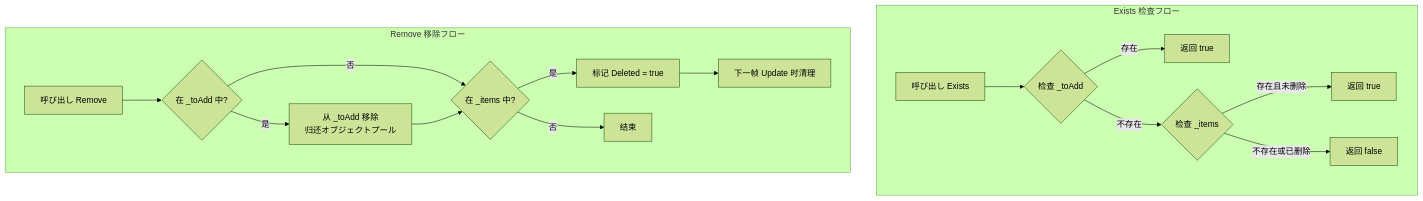
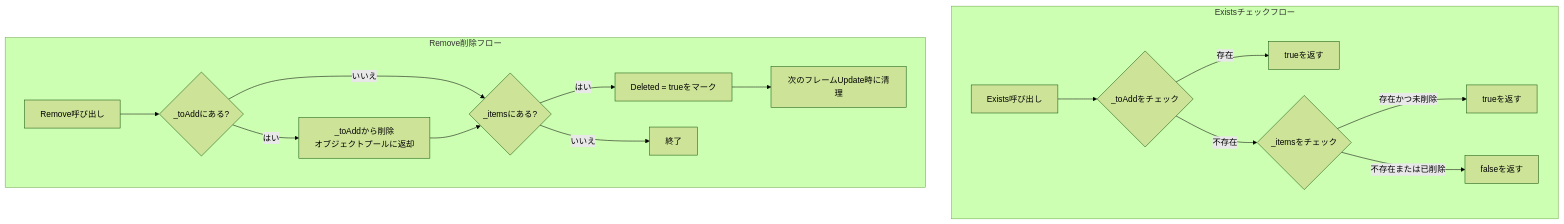
The diagram in docs/ja/client/unity/component/timer/11.exists-remove.md (AlianBlank/GameFrameX.Docs), drawn with Mermaid (forest theme) before and after one commit. The commit also changed other lines of this file and 320 other files, not shown here.

````diff
--- a/docs/ja/client/unity/component/timer/11.exists-remove.md
+++ b/docs/ja/client/unity/component/timer/11.exists-remove.md
@@ -98,20 +98,20 @@
 ```mermaid
 flowchart TD
-    subgraph Existsフロー["Exists 检查フロー"]
-        Start1[呼び出し Exists] --> CheckToAdd{检查 _toAdd}
-        CheckToAdd -->|存在| ReturnTrue1[返回 true]
-        CheckToAdd -->|不存在| CheckItems{检查 _items}
-        CheckItems -->|存在且未删除| ReturnTrue2[返回 true]
-        CheckItems -->|不存在或已删除| ReturnFalse[返回 false]
+    subgraph Existsフロー["Existsチェックフロー"]
+        Start1[Exists呼び出し] --> CheckToAdd{_toAddをチェック}
+        CheckToAdd -->|存在| ReturnTrue1[trueを返す]
+        CheckToAdd -->|不存在| CheckItems{_itemsをチェック}
+        CheckItems -->|存在かつ未削除| ReturnTrue2[trueを返す]
+        CheckItems -->|不存在または已削除| ReturnFalse[falseを返す]
     end
 
-    subgraph Removeフロー["Remove 移除フロー"]
-        Start2[呼び出し Remove] --> CheckToAdd2{在 _toAdd 中?}
-        CheckToAdd2 -->|是| RemoveFromToAdd[从 _toAdd 移除<br/>归还オブジェクトプール]
-        CheckToAdd2 -->|否| CheckItems2{在 _items 中?}
+    subgraph Removeフロー["Remove削除フロー"]
+        Start2[Remove呼び出し] --> CheckToAdd2{_toAddにある?}
+        CheckToAdd2 -->|はい| RemoveFromToAdd[_toAddから削除<br/>オブジェクトプールに返却]
+        CheckToAdd2 -->|いいえ| CheckItems2{_itemsにある?}
         RemoveFromToAdd --> CheckItems2
-        CheckItems2 -->|是| MarkDeleted[标记 Deleted = true]
-        CheckItems2 -->|否| EndRemove[结束]
-        MarkDeleted --> Cleanup[下一帧 Update 时清理]
+        CheckItems2 -->|はい| MarkDeleted[Deleted = trueをマーク]
+        CheckItems2 -->|いいえ| EndRemove[終了]
+        MarkDeleted --> Cleanup[次のフレームUpdate時に清理]
     end
 ```
````
